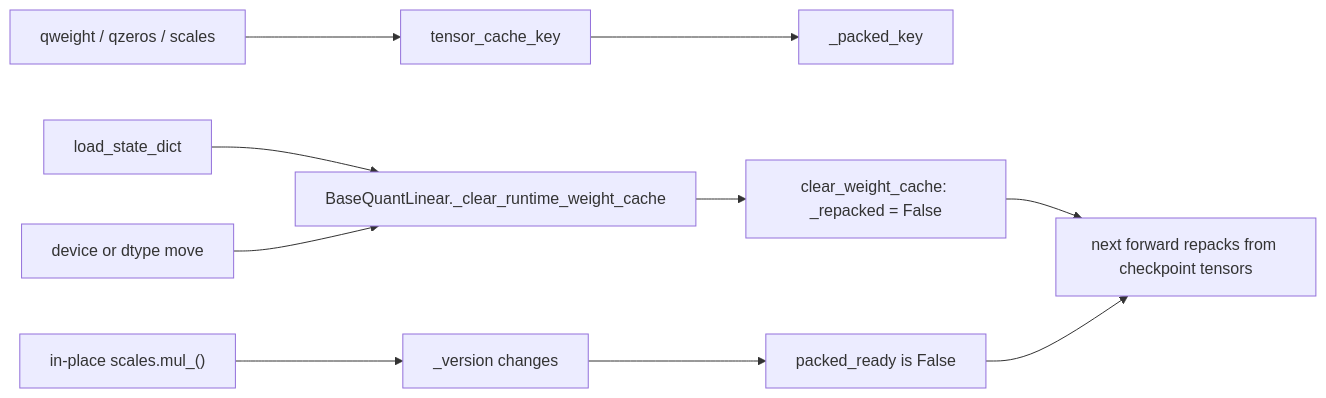
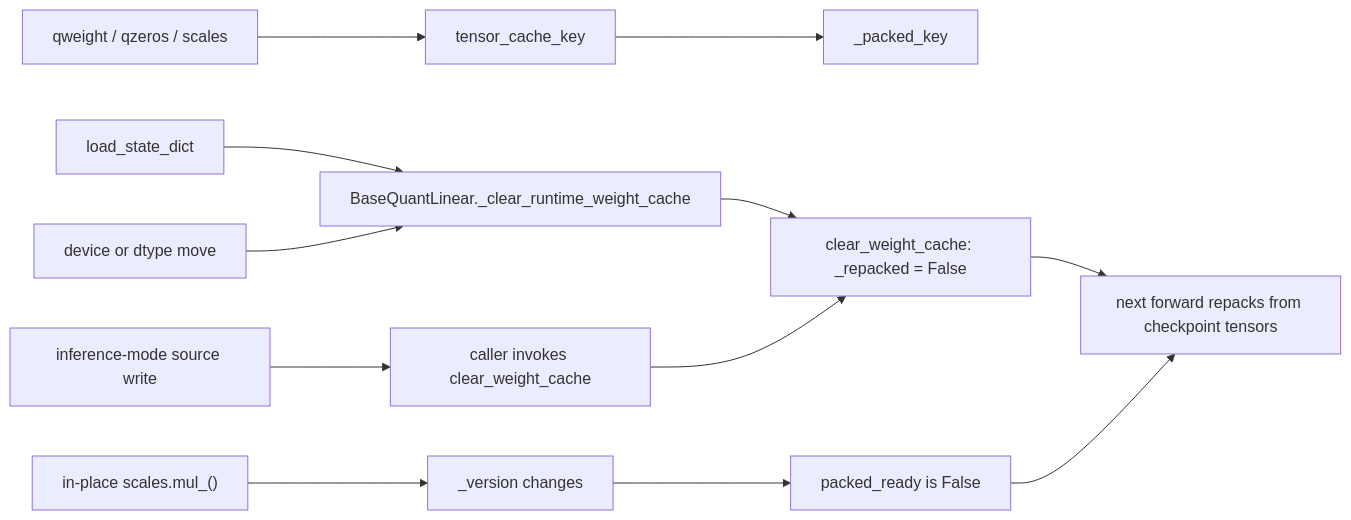
One commit to ModelCloud/GPTQModel changed the second of 3 diagrams in docs/allspark-checkpoint-layout.md. Above: the diagram before and after it, drawn with Mermaid. The commit also changed other lines of this file and 4 other files, not shown here.

````diff
--- a/docs/allspark-checkpoint-layout.md
+++ b/docs/allspark-checkpoint-layout.md
@@ -48,12 +48,14 @@
 ```mermaid
 flowchart LR
     A["qweight / qzeros / scales"] --> B["tensor_cache_key"]
     B --> C["_packed_key"]
     D["load_state_dict"] --> E["BaseQuantLinear._clear_runtime_weight_cache"]
     F["device or dtype move"] --> E
     G["in-place scales.mul_()"] --> H["_version changes"]
+    L["inference-mode source write"] --> E2["caller invokes clear_weight_cache"]
     E --> I["clear_weight_cache: _repacked = False"]
+    E2 --> I
     H --> J["packed_ready is False"]
     I --> K["next forward repacks from checkpoint tensors"]
     J --> K
 ```
````
